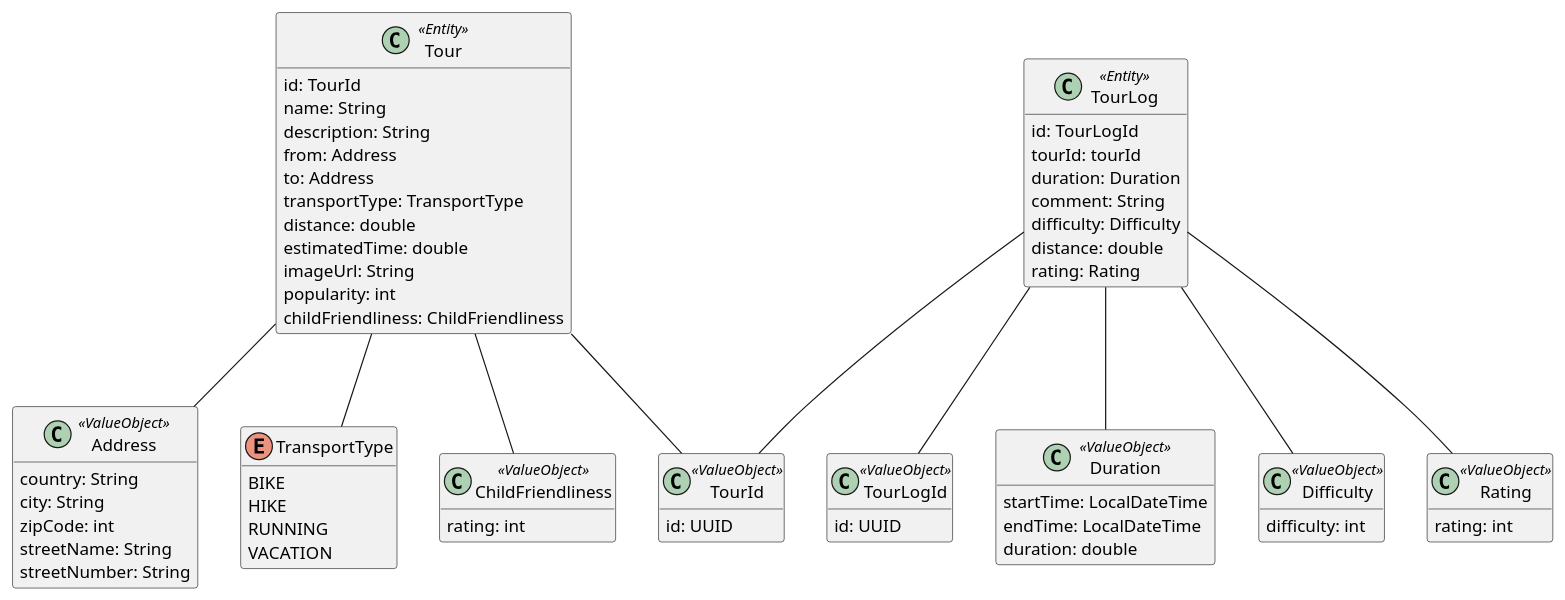
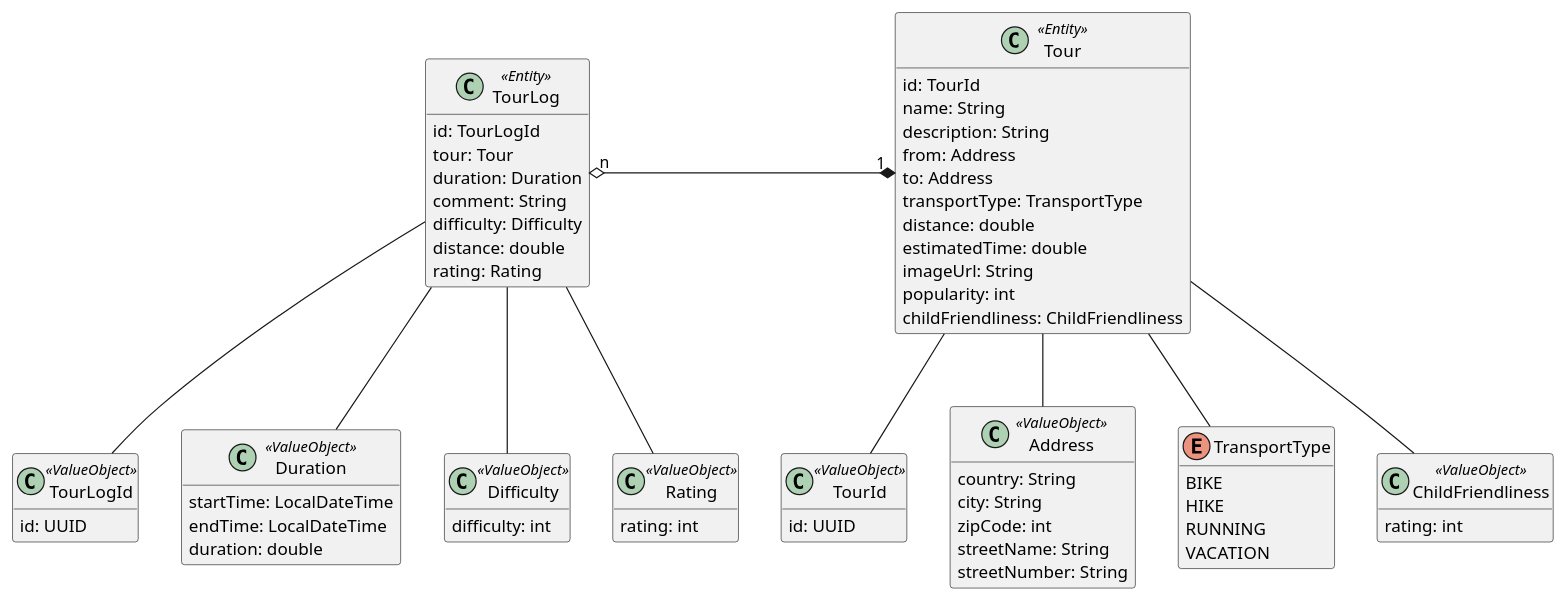
Before and after one commit to ThomasBoigner/BIF4-SWEN-Tour-Planner-Server: the diagram in src/docs/DomainModel.puml, drawn with PlantUML. The commit also changed 5 other files, not shown here.

Commit message:
Add TourLog model

```diff
--- a/src/docs/DomainModel.puml
+++ b/src/docs/DomainModel.puml
@@ -1,81 +1,81 @@
 @startuml
 hide methods
 
 class Tour <<Entity>> {
     id: TourId
     name: String
     description: String
     from: Address
     to: Address
     transportType: TransportType
     distance: double
     estimatedTime: double
     imageUrl: String
     popularity: int
     childFriendliness: ChildFriendliness
 }
 
 class TourId <<ValueObject>> {
     id: UUID
 }
 
 class Address <<ValueObject>> {
     country: String
     city: String
     zipCode: int
     streetName: String
     streetNumber: String
 }
 
 enum TransportType {
     BIKE
     HIKE
     RUNNING
     VACATION
 }
 
 class ChildFriendliness <<ValueObject>> {
     rating: int
 }
 
 class TourLog <<Entity>> {
     id: TourLogId
-    tourId: tourId
+    tour: Tour
     duration: Duration
     comment: String
     difficulty: Difficulty
     distance: double
     rating: Rating
 }
 
 class TourLogId <<ValueObject>> {
     id: UUID
 }
 
 class Duration <<ValueObject>> {
     startTime: LocalDateTime
     endTime: LocalDateTime
     duration: double
 }
 
 class Difficulty <<ValueObject>> {
     difficulty: int
 }
 
 class Rating <<ValueObject>> {
     rating: int
 }
 
 Tour -- TourId
 Tour -- Address
 Tour -- TransportType
 Tour -- ChildFriendliness
 
 TourLog -- TourLogId
-TourLog -- TourId
+TourLog "n" o-right-* "1" Tour
 TourLog -- Duration
 TourLog -- Difficulty
 TourLog -- Rating
 
 
 @enduml
```
